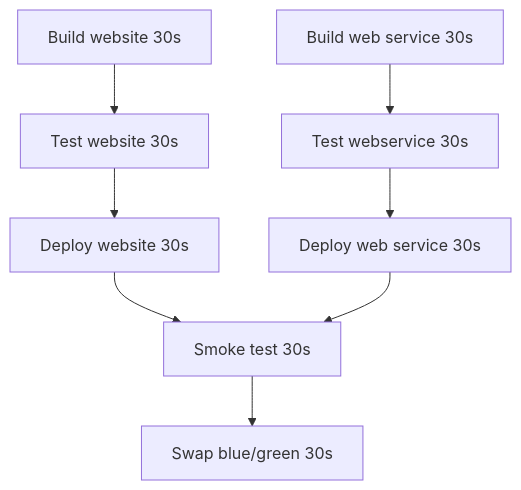
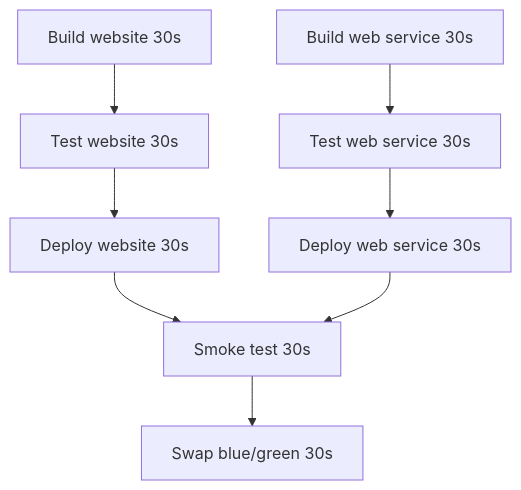
Before and after one commit to samsmithnz/ParallelPipelinesDemo: the second of 2 diagrams in README.md, drawn with Mermaid.

````diff
--- a/README.md
+++ b/README.md
@@ -11,6 +11,6 @@
 ```mermaid
   graph TD;
       buildweb[Build website 30s]-->testWebsite[Test website 30s]-->deployWebsite[Deploy website 30s]-->smoke[Smoke test 30s];
-      buildwebservice[Build web service 30s]-->testsWebservice[Test webservice 30s]-->deployWebService[Deploy web service 30s]-->smoke[Smoke test 30s];
+      buildwebservice[Build web service 30s]-->testsWebservice[Test web service 30s]-->deployWebService[Deploy web service 30s]-->smoke[Smoke test 30s];
       smoke[Smoke test 30s]-->swap[Swap blue/green 30s];
 ```
````
